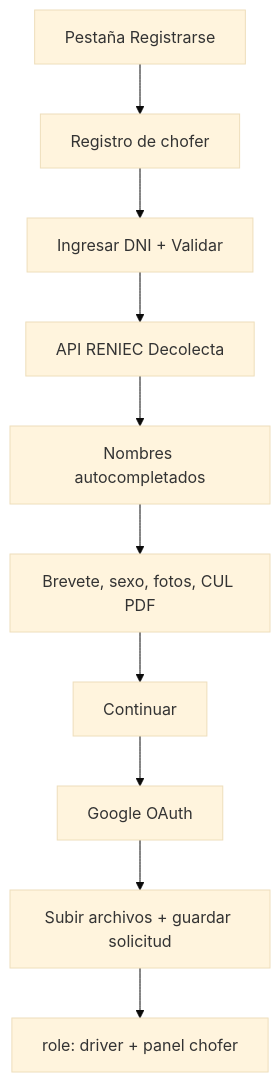
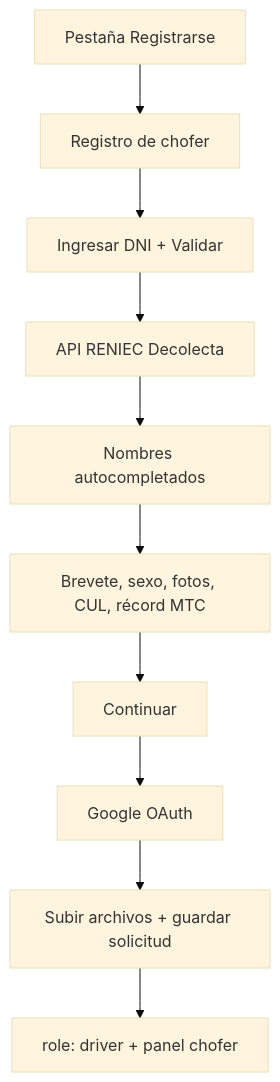
The diagram in docs/registro-chofer.md (hercom-app/hercom), drawn with Mermaid (base theme) before and after one commit. The commit also changed other lines of this file and 12 other files, not shown here.

First line of the commit message:
feat: require CUL and MTC driver record, and show them in admin

````diff
--- a/docs/registro-chofer.md
+++ b/docs/registro-chofer.md
@@ -10,12 +10,12 @@
 ```mermaid
 flowchart TD
   A[Pestaña Registrarse] --> B[Registro de chofer]
   B --> C[Ingresar DNI + Validar]
   C --> D[API RENIEC Decolecta]
   D --> E[Nombres autocompletados]
-  E --> F[Brevete, sexo, fotos, CUL PDF]
+  E --> F[Brevete, sexo, fotos, CUL, récord MTC]
   F --> G[Continuar]
   G --> H[Google OAuth]
   H --> I[Subir archivos + guardar solicitud]
   I --> J[role: driver + panel chofer]
 ```
````
